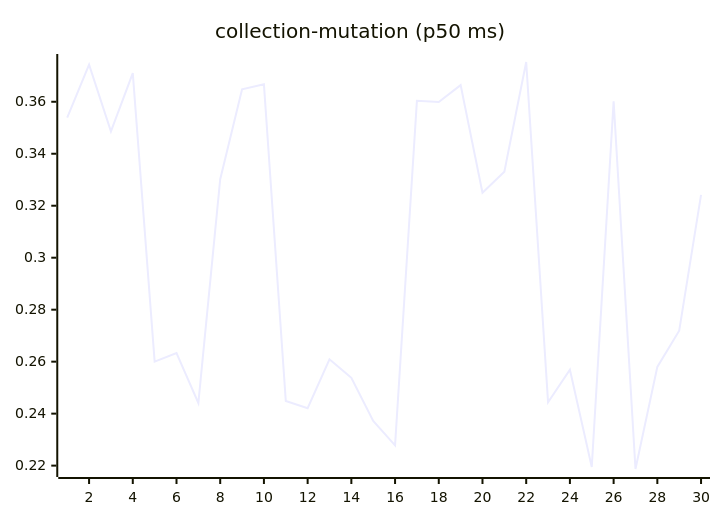
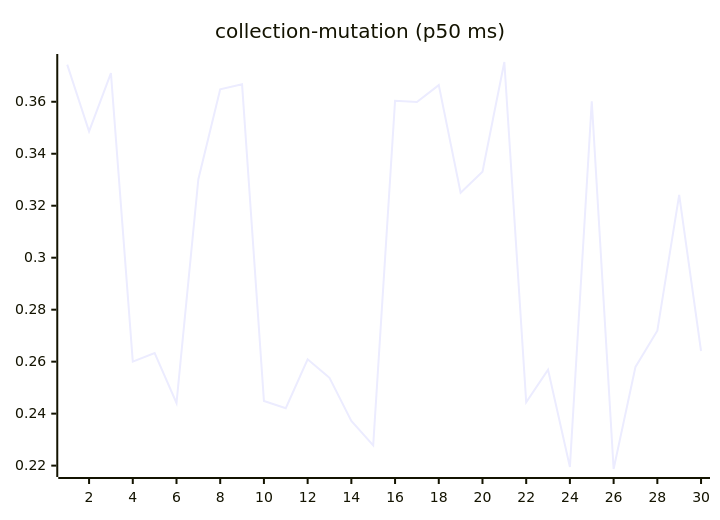
One commit to josha/Facet changed the sixth of 27 diagrams in README.md. Above: the diagram before and after it, drawn with Mermaid. The commit also changed other lines of this file and 2 other files, not shown here.

````diff
--- a/README.md
+++ b/README.md
@@ -98,6 +98,6 @@
 ```mermaid
 xychart-beta
     title "collection-mutation (p50 ms)"
     x-axis 1 --> 30
-    line [0.3539, 0.3743, 0.3486, 0.3710, 0.2600, 0.2633, 0.2441, 0.3302, 0.3648, 0.3667, 0.2449, 0.2421, 0.2609, 0.2538, 0.2372, 0.2278, 0.3604, 0.3599, 0.3664, 0.3250, 0.3331, 0.3753, 0.2444, 0.2569, 0.2195, 0.3602, 0.2187, 0.2580, 0.2719, 0.3242]
+    line [0.3743, 0.3486, 0.3710, 0.2600, 0.2633, 0.2441, 0.3302, 0.3648, 0.3667, 0.2449, 0.2421, 0.2609, 0.2538, 0.2372, 0.2278, 0.3604, 0.3599, 0.3664, 0.3250, 0.3331, 0.3753, 0.2444, 0.2569, 0.2195, 0.3602, 0.2187, 0.2580, 0.2719, 0.3242, 0.2641]
 ```
````
